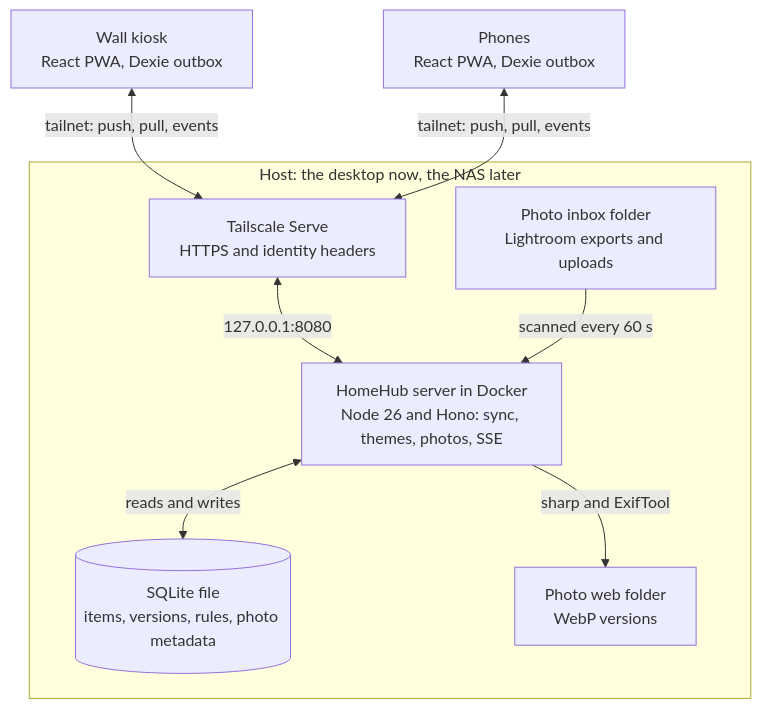
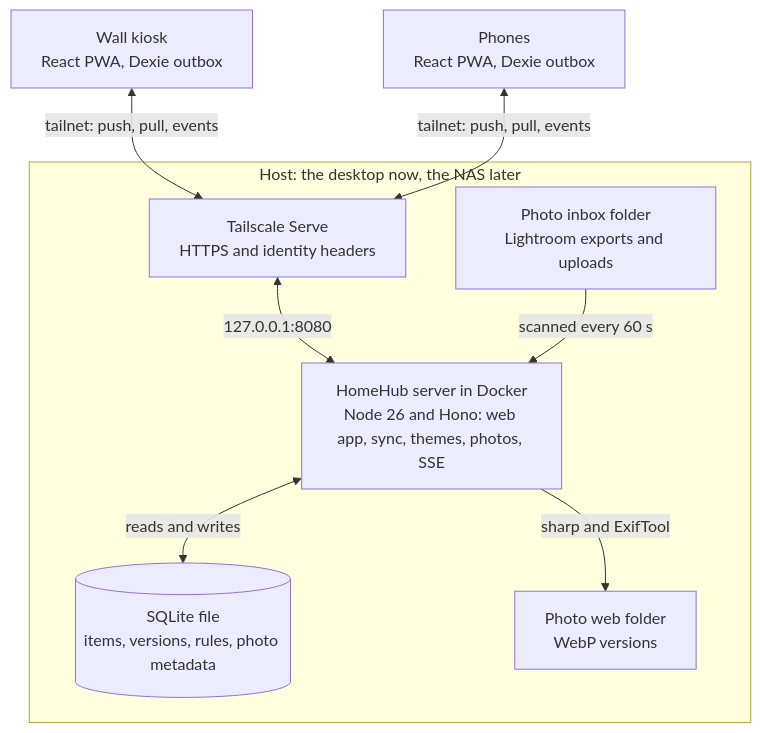
Before and after one commit to eparr12/homehub: the diagram in docs/project-overview.md, drawn with Mermaid. The commit also changed other lines of this file and 12 other files, not shown here.

First line of the commit message:
feat(server): serve the web build from dist/web (#8)

````diff
--- a/docs/project-overview.md
+++ b/docs/project-overview.md
@@ -84,19 +84,19 @@
 ```mermaid
 flowchart TB
     wall["Wall kiosk<br/>React PWA, Dexie outbox"]
     phones["Phones<br/>React PWA, Dexie outbox"]
     subgraph host["Host: the desktop now, the NAS later"]
         serve["Tailscale Serve<br/>HTTPS and identity headers"]
-        server["HomeHub server in Docker<br/>Node 26 and Hono: sync, themes, photos, SSE"]
+        server["HomeHub server in Docker<br/>Node 26 and Hono: web app, sync, themes, photos, SSE"]
         db[("SQLite file<br/>items, versions, rules, photo metadata")]
         inbox["Photo inbox folder<br/>Lightroom exports and uploads"]
         media["Photo web folder<br/>WebP versions"]
     end
 
     wall <-->|"tailnet: push, pull, events"| serve
     phones <-->|"tailnet: push, pull, events"| serve
     serve <-->|"127.0.0.1:8080"| server
     server <-->|"reads and writes"| db
     inbox -->|"scanned every 60 s"| server
     server -->|"sharp and ExifTool"| media
 ```
````
